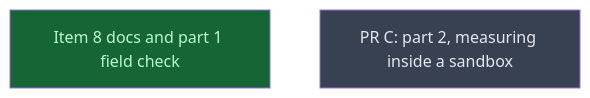
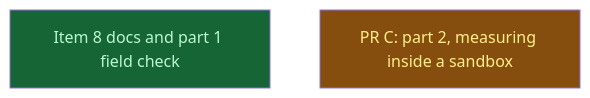
Before and after one commit to LittleCoinCoin/hypomnesis: the diagram in __roadmap__/v0214-sandbox/part1/close/README.md, drawn with Mermaid. The commit also changed other lines of this file and 1 other file, not shown here.

Commit message:
docs(roadmap): start PR C — part2 and kinfo_enumeration in progress

````diff
--- a/__roadmap__/v0214-sandbox/part1/close/README.md
+++ b/__roadmap__/v0214-sandbox/part1/close/README.md
@@ -20,10 +20,10 @@
 ```mermaid
 graph TD
     part1_close[Item 8 docs and part 1 field check]:::done
-    part2[PR C: part 2, measuring inside a sandbox]:::planned
+    part2[PR C: part 2, measuring inside a sandbox]:::inprogress
     classDef done       fill:#166534,color:#bbf7d0
     classDef inprogress fill:#854d0e,color:#fef08a
     classDef planned    fill:#374151,color:#e5e7eb
     classDef amendment  fill:#1e3a5f,color:#bfdbfe
     classDef blocked    fill:#7f1d1d,color:#fecaca
 ```
````
